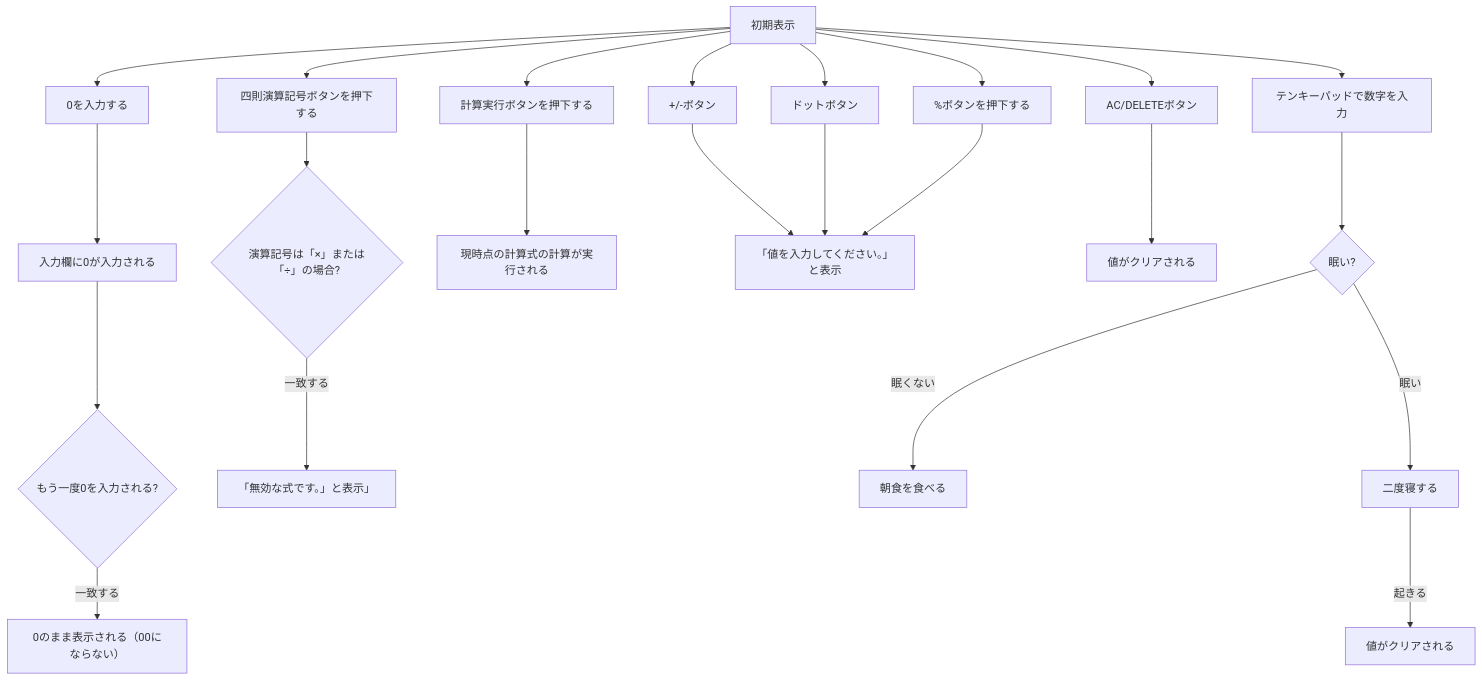
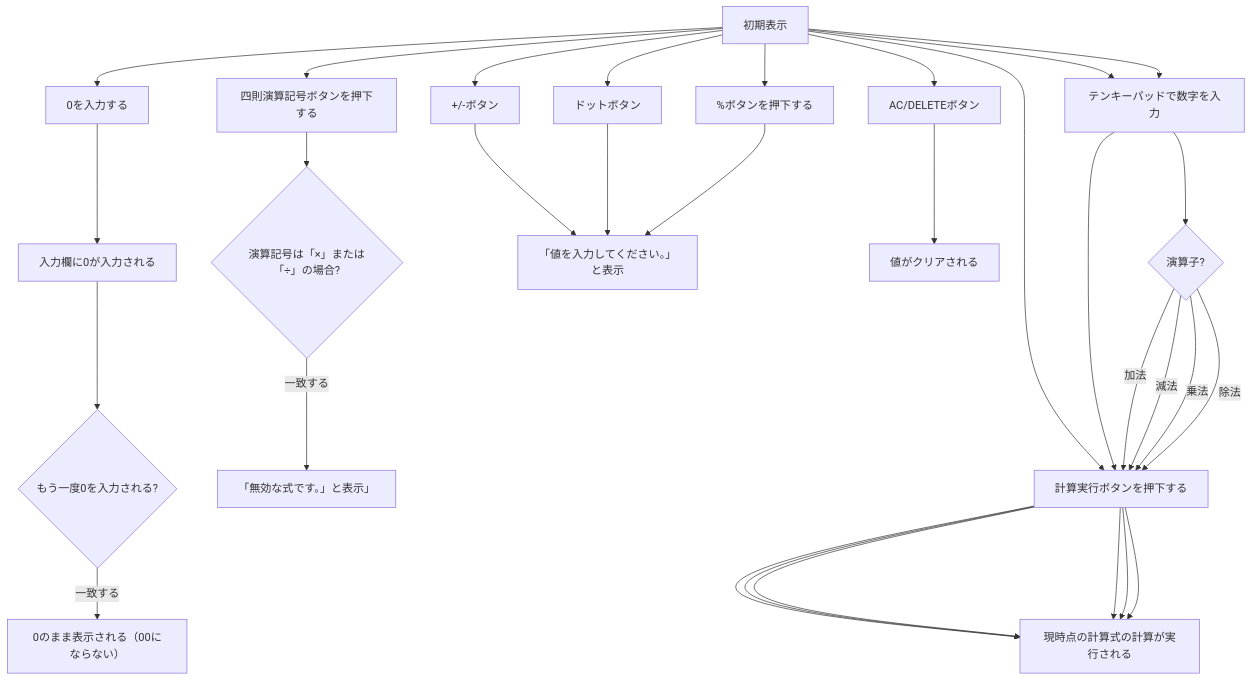
One commit to N3question/jsp-servlet-calculator changed the diagram in 基本設計書.md. Above: the diagram before and after it, drawn with Mermaid.

````diff
--- a/基本設計書.md
+++ b/基本設計書.md
@@ -84,15 +84,18 @@
 ```mermaid
 flowchart TB
     A[初期表示] --> B[0を入力する] --> C[入力欄に0が入力される] -->
     D{もう一度0を入力される?} -- 一致する --> E[0のまま表示される（00にならない）]
     A[初期表示] --> F[四則演算記号ボタンを押下する] -->
     G{演算記号は「×」または「÷」の場合?} -- 一致する --> H[「無効な式です。」と表示」]
-    A[初期表示] --> I[計算実行ボタンを押下する] --> J[現時点の計算式の計算が実行される]
     A[初期表示] --> K[+/-ボタン] --> L[「値を入力してください。」と表示]
     A[初期表示] --> M[ドットボタン] --> L[「値を入力してください。」と表示]
     A[初期表示] --> N[%ボタンを押下する] --> L[「値を入力してください。」と表示]
     A[初期表示] --> O[AC/DELETEボタン] --> P[値がクリアされる]
+    A[初期表示] --> I[計算実行ボタンを押下する] --> J[現時点の計算式の計算が実行される]
+    A[初期表示] --> Q[テンキーパッドで数字を入力] --> I[計算実行ボタンを押下する] --> J[現時点の計算式の計算が実行される]
     A[初期表示] --> Q[テンキーパッドで数字を入力] -->
-    R{眠い?} -- 眠くない --> S[朝食を食べる]
-    R{眠い?} -- 眠い --> T[二度寝する] -- 起きる --> U[値がクリアされる]
+    R{演算子?} -- 加法 --> I[計算実行ボタンを押下する] --> J[現時点の計算式の計算が実行される]
+    R{演算子?} -- 減法 --> I[計算実行ボタンを押下する] --> J[現時点の計算式の計算が実行される]
+    R{演算子?} -- 乗法 --> I[計算実行ボタンを押下する] --> J[現時点の計算式の計算が実行される]
+    R{演算子?} -- 除法 --> I[計算実行ボタンを押下する] --> J[現時点の計算式の計算が実行される]
 ```
````
